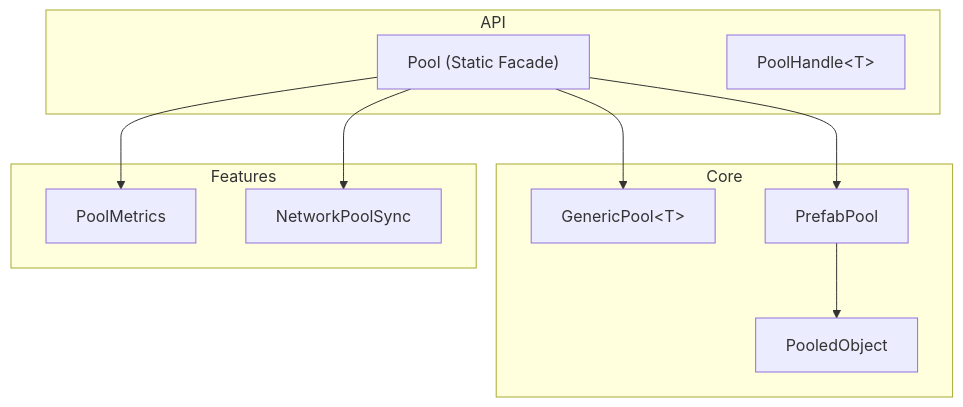
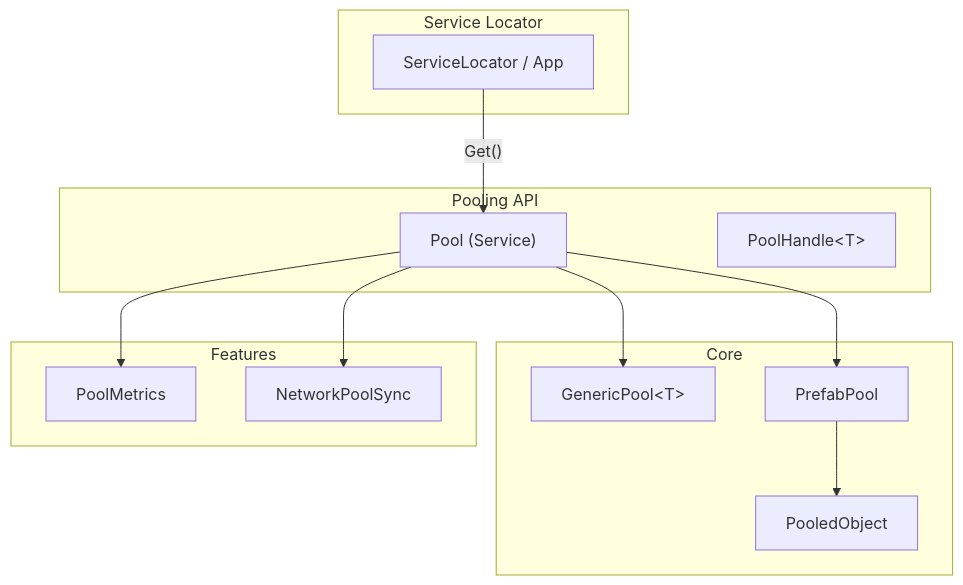
Before and after one commit to eraflo/UnityImportPackage: the diagram in Documentation~/Pooling.md, drawn with Mermaid. The commit also changed other lines of this file and 79 other files, not shown here.

````diff
--- a/Documentation~/Pooling.md
+++ b/Documentation~/Pooling.md
@@ -30,24 +33,29 @@
 ```mermaid
 graph TB
-    subgraph "API"
-        PF["Pool (Static Facade)"]
+    subgraph "Service Locator"
+        SL["ServiceLocator / App"]
+    end
+
+    subgraph "Pooling API"
+        PF["Pool (Service)"]
         PH["PoolHandle&lt;T&gt;"]
     end
 
     subgraph "Core"
         GP["GenericPool&lt;T&gt;"]
         PP["PrefabPool"]
         PO["PooledObject"]
     end
 
     subgraph "Features"
         PM["PoolMetrics"]
         NPS["NetworkPoolSync"]
     end
 
+    SL -- "Get<Pool>()" --> PF
     PF --> GP
     PF --> PP
     PP --> PO
     PF --> PM
     PF --> NPS
 ```
````
